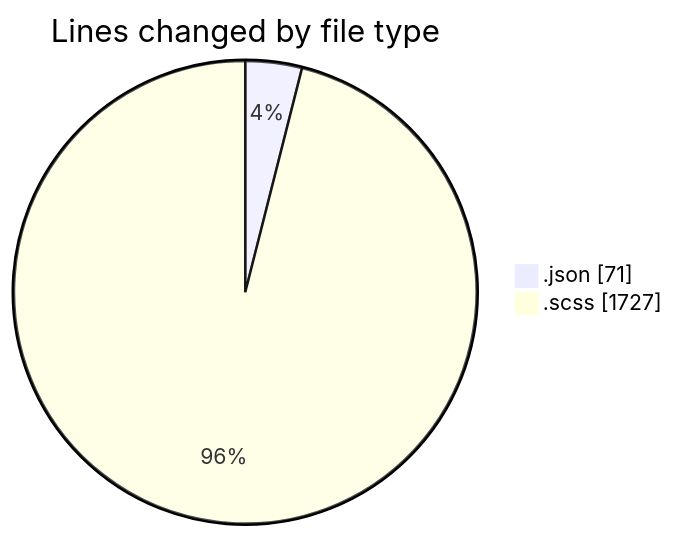
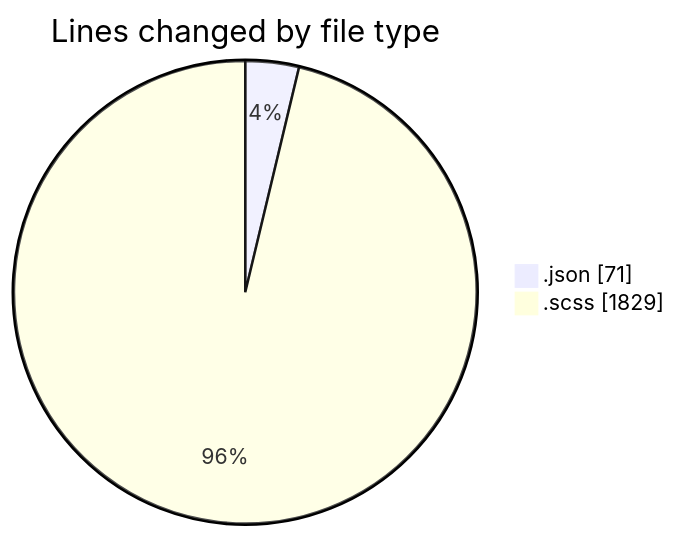
The first of 2 diagrams in 2026-01-22/cda/README.md (momahboobian/code-tracking), drawn with Mermaid before and after one commit. The commit also changed other lines of this file and 1 other file, not shown here.

````diff
--- a/2026-01-22/cda/README.md
+++ b/2026-01-22/cda/README.md
@@ -32,6 +33,6 @@
 ```mermaid
 pie showData
 title Lines changed by file type
 ".json" : 71
-".scss" : 1727
+".scss" : 1829
 ```
````
